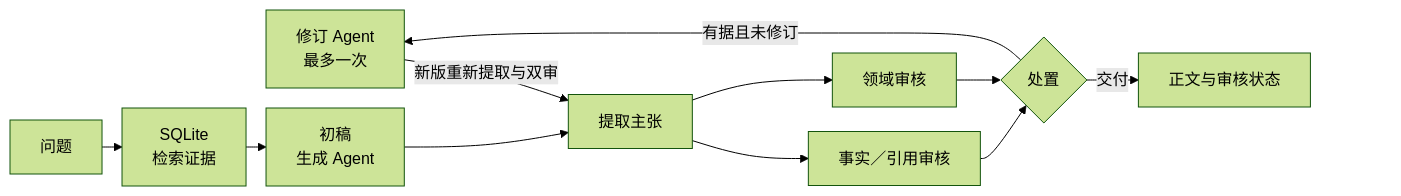
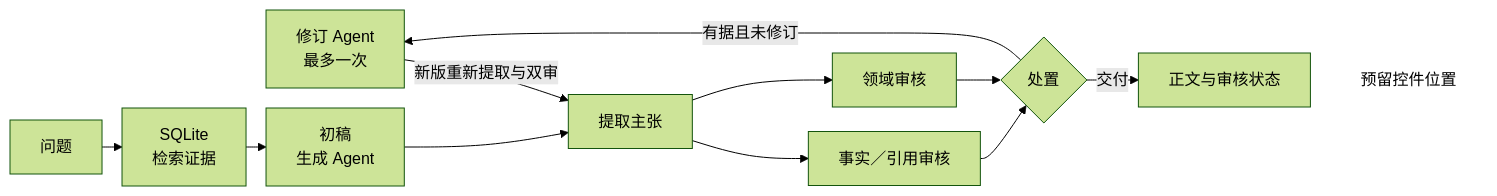
One commit to 7556481/PowerTrustAI changed the diagram in README.md. Above: the diagram before and after it, drawn with Mermaid (forest theme).

Commit message:
docs: give diagram control spacer a stable width

````diff
--- a/README.md
+++ b/README.md
@@ -7,14 +7,14 @@
 ```mermaid
 %%{init: {"flowchart": {"diagramPadding": 24, "rankSpacing": 20, "nodeSpacing": 20}}}%%
 flowchart LR
     V[修订 Agent<br/>最多一次] -->|新版重新提取与双审| C[提取主张]
     Q[问题] --> E[SQLite<br/>检索证据] --> D[初稿<br/>生成 Agent] --> C
     C --> F[事实／引用审核]
     C --> R[领域审核]
     F --> J{处置}
     R --> J
     J -->|交付| O[正文与审核状态]
     J -->|有据且未修订| V
-    O ~~~ PAD[" "]
-    style PAD fill:transparent,stroke:transparent
+    O ~~~ PAD["预留控件位置"]
+    style PAD opacity:0
 ```
````
